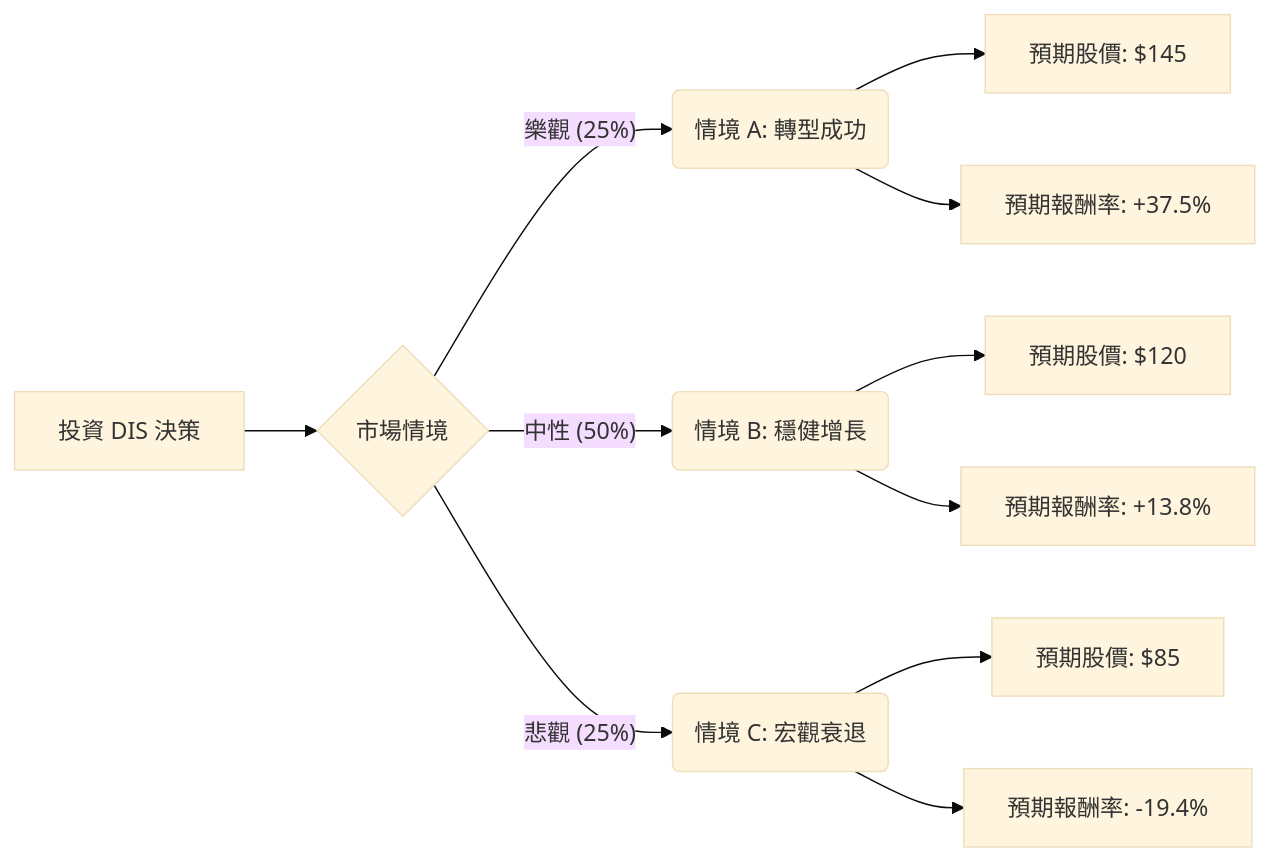
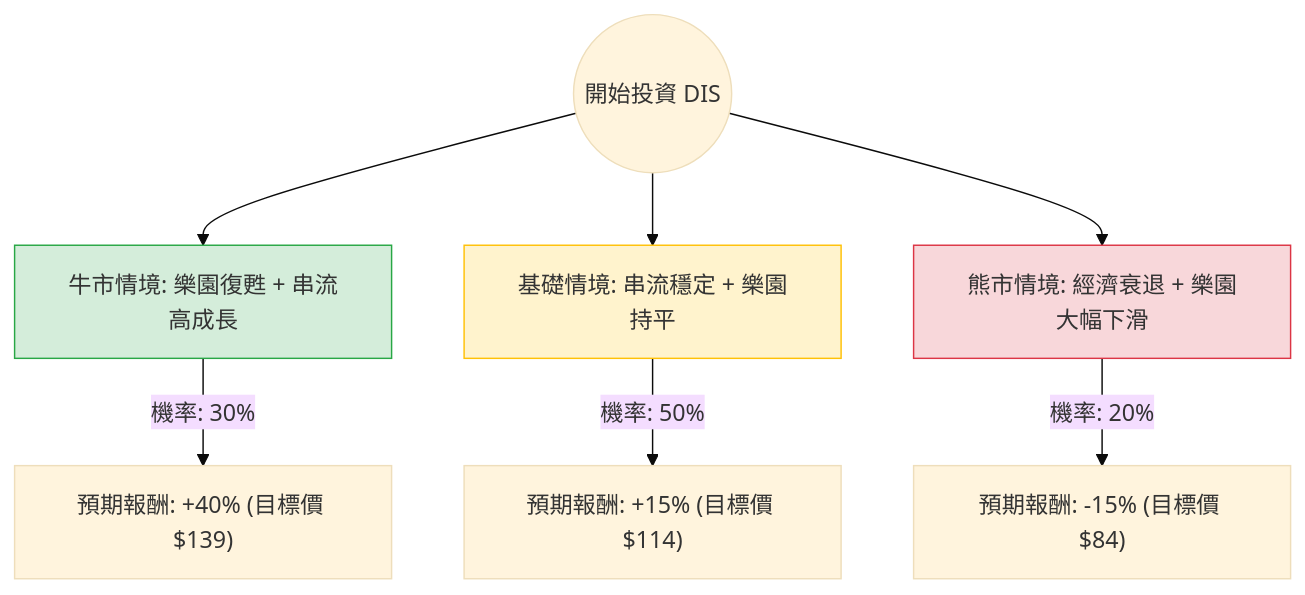
The diagram in plugin-react/ai-analysis/ev-analysis/DIS.md (zmcx16/zmcx16.github.io), drawn with Mermaid (base theme) before and after one commit. The commit also changed other lines of this file and 75 other files, not shown here.

````diff
--- a/plugin-react/ai-analysis/ev-analysis/DIS.md
+++ b/plugin-react/ai-analysis/ev-analysis/DIS.md
@@ -20,16 +20,14 @@
 ```mermaid
-graph LR
-    A[投資 DIS 決策] --> B{市場情境}
-    
-    B -- 樂觀 (25%) --> C(情境 A: 轉型成功)
-    C --> C1[預期股價: $145]
-    C --> C2[預期報酬率: +37.5%]
-    
-    B -- 中性 (50%) --> D(情境 B: 穩健增長)
-    D --> D1[預期股價: $120]
-    D --> D2[預期報酬率: +13.8%]
-    
-    B -- 悲觀 (25%) --> E(情境 C: 宏觀衰退)
-    E --> E1[預期股價: $85]
-    E --> E2[預期報酬率: -19.4%]
+graph TD
+    Start((開始投資 DIS)) --> Bull[牛市情境: 樂園復甦 + 串流高成長]
+    Start --> Base[基礎情境: 串流穩定 + 樂園持平]
+    Start --> Bear[熊市情境: 經濟衰退 + 樂園大幅下滑]
+
+    Bull -- "機率: 30%" --> Bull_EV["預期報酬: +40% (目標價 $139)"]
+    Base -- "機率: 50%" --> Base_EV["預期報酬: +15% (目標價 $114)"]
+    Bear -- "機率: 20%" --> Bear_EV["預期報酬: -15% (目標價 $84)"]
+
+    style Bull fill:#d4edda,stroke:#28a745
+    style Base fill:#fff3cd,stroke:#ffc107
+    style Bear fill:#f8d7da,stroke:#dc3545
 ```
````
